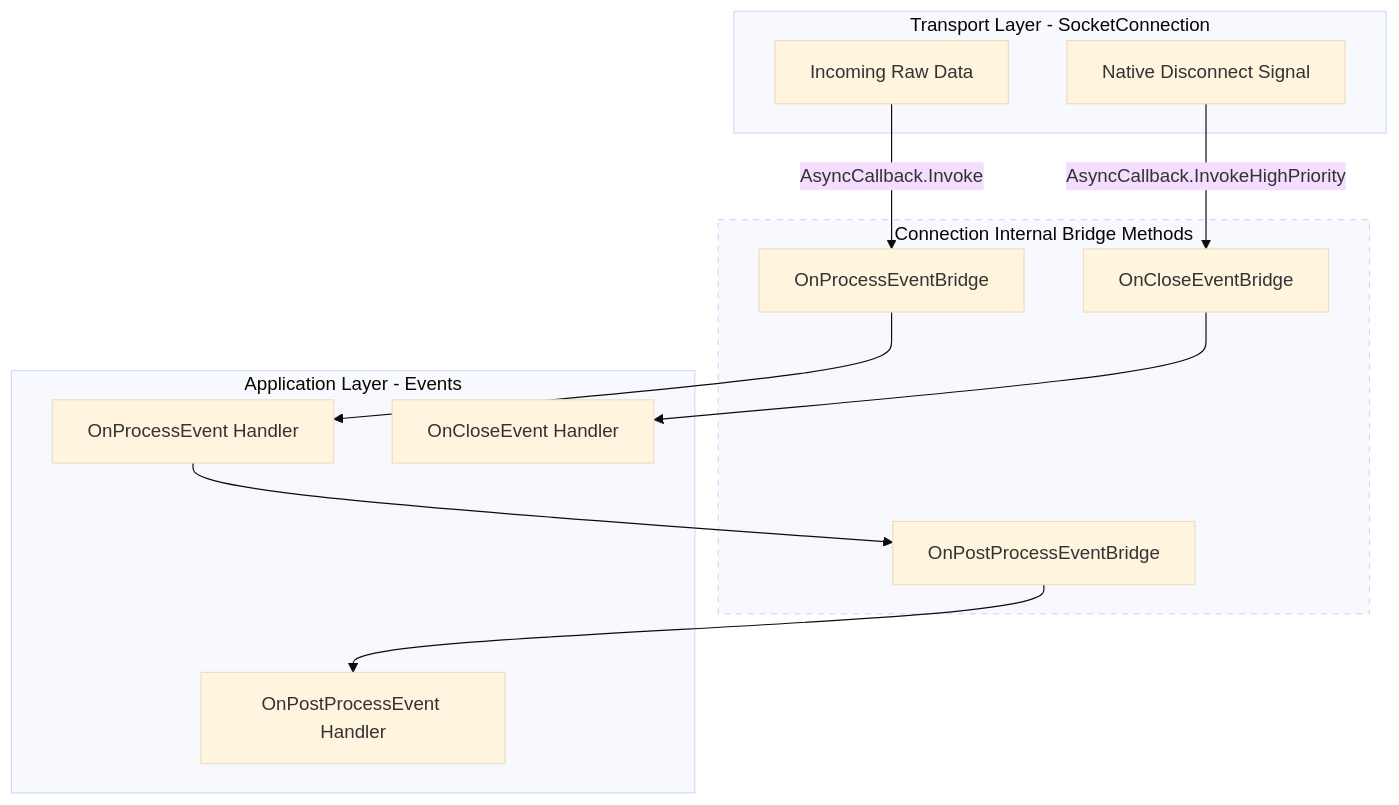
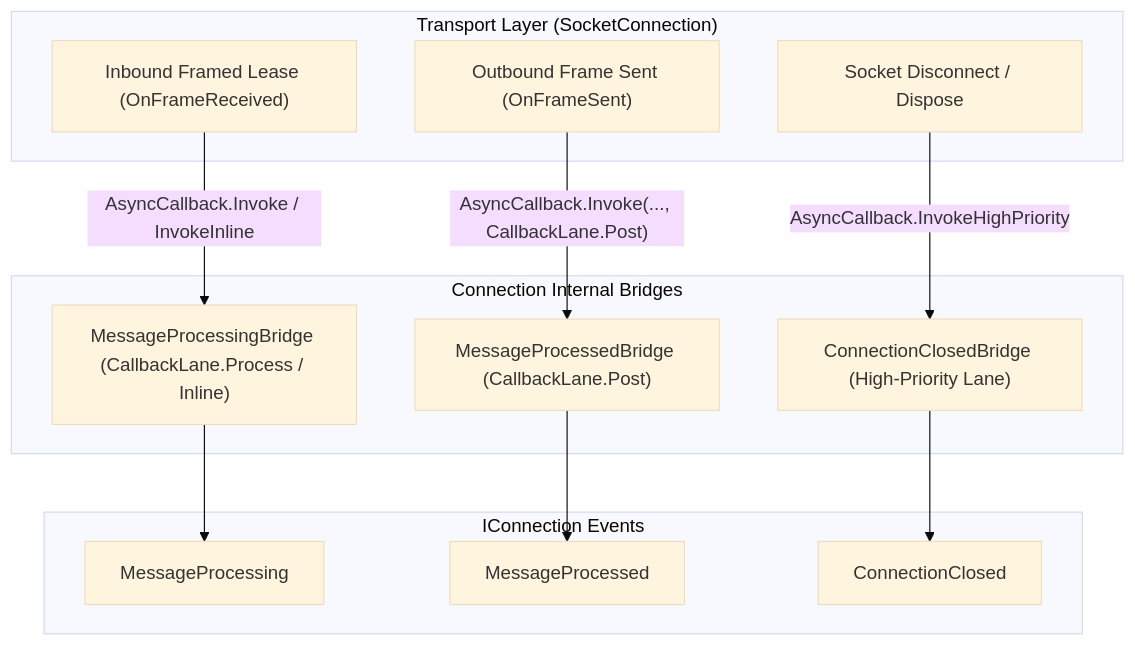
The diagram in src/content/docs/en-us/api/network/connection/connection.md (ppn-systems/nalix-docs), drawn with Mermaid (base theme) before and after one commit. The commit also changed other lines of this file and 180 other files, not shown here.

````diff
--- a/src/content/docs/en-us/api/network/connection/connection.md
+++ b/src/content/docs/en-us/api/network/connection/connection.md
@@ -32,29 +24,28 @@
 ```mermaid
 flowchart TD
-    subgraph Transport[Transport Layer - SocketConnection]
-        RawData[Incoming Raw Data]
-        RawClose[Native Disconnect Signal]
+    subgraph Transport["Transport Layer (SocketConnection)"]
+        RawData["Inbound Framed Lease (OnFrameReceived)"]
+        FrameSent["Outbound Frame Sent (OnFrameSent)"]
+        RawClose["Socket Disconnect / Dispose"]
     end
 
-    subgraph Bridge[Connection Internal Bridge Methods]
-        ProcessBridge[OnProcessEventBridge]
-        PostBridge[OnPostProcessEventBridge]
-        CloseBridge[OnCloseEventBridge]
+    subgraph Bridge["Connection Internal Bridges"]
+        ProcessBridge["MessageProcessingBridge (CallbackLane.Process / Inline)"]
+        PostBridge["MessageProcessedBridge (CallbackLane.Post)"]
+        CloseBridge["ConnectionClosedBridge (High-Priority Lane)"]
     end
 
-    subgraph App[Application Layer - Events]
-        OnProcess[OnProcessEvent Handler]
-        OnPost[OnPostProcessEvent Handler]
-        OnClose[OnCloseEvent Handler]
+    subgraph App["IConnection Events"]
+        OnProcess["MessageProcessing"]
+        OnPost["MessageProcessed"]
+        OnClose["ConnectionClosed"]
     end
 
-    RawData -->|AsyncCallback.Invoke| ProcessBridge
+    RawData -->|"AsyncCallback.Invoke / InvokeInline"| ProcessBridge
     ProcessBridge --> OnProcess
-    OnProcess --> PostBridge
+    FrameSent -->|"AsyncCallback.Invoke(..., CallbackLane.Post)"| PostBridge
     PostBridge --> OnPost
 
-    RawClose -->|AsyncCallback.InvokeHighPriority| CloseBridge
+    RawClose -->|"AsyncCallback.InvokeHighPriority"| CloseBridge
     CloseBridge --> OnClose
-
-    style Bridge stroke-dasharray: 5 5
 ```
````
